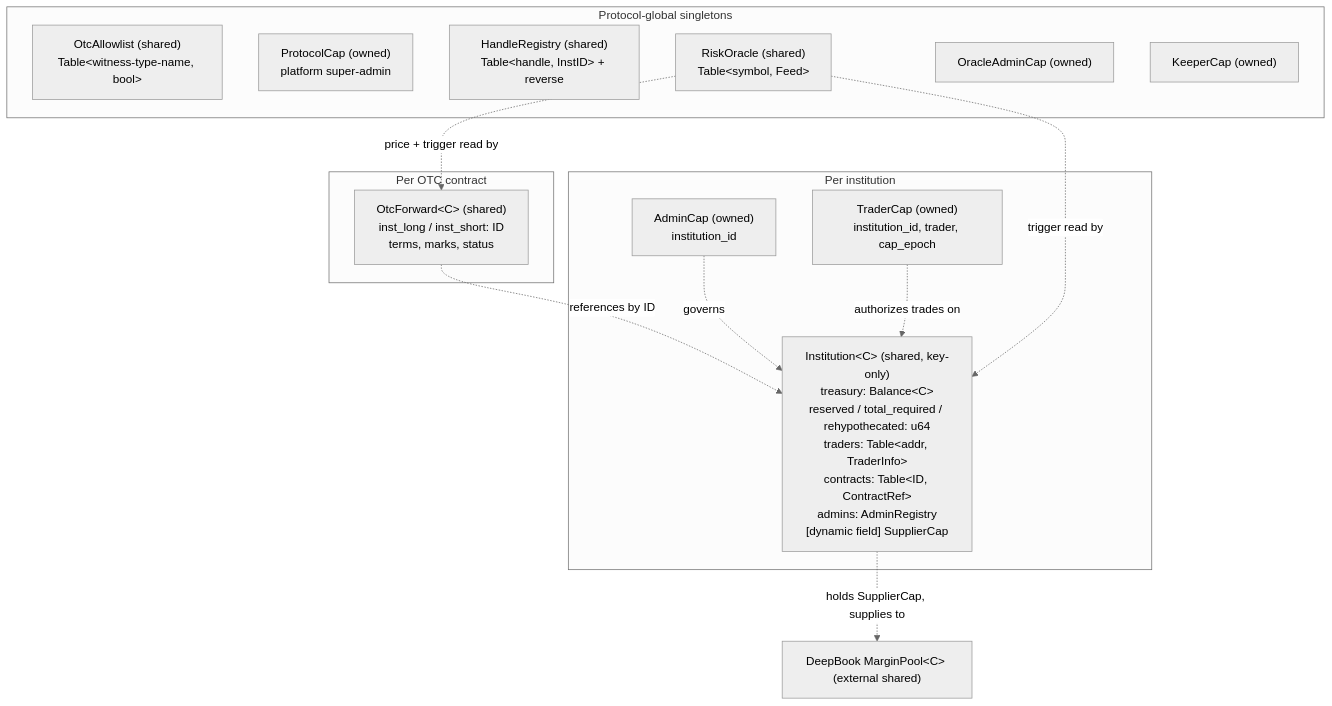
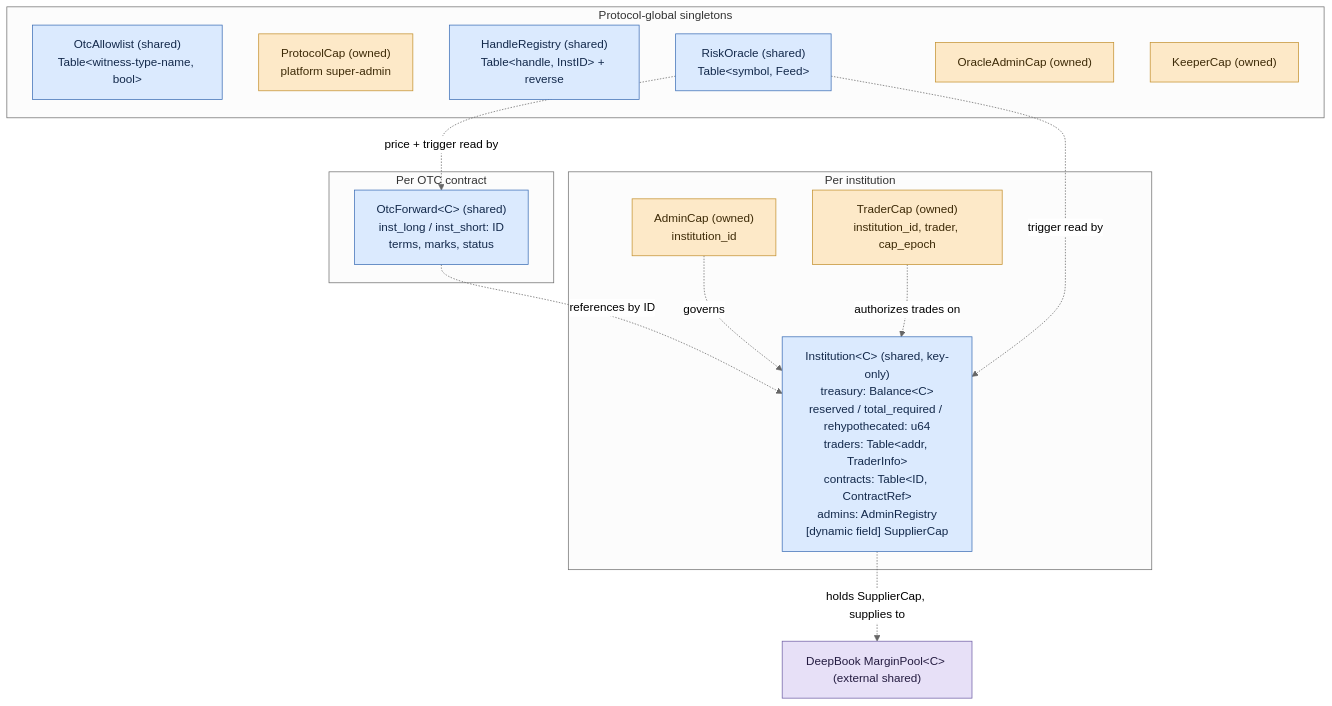
One commit to fullmetal-finance/fullmetal-sui-demo changed the first of 3 diagrams in ARCHITECTURE.md. Above: the diagram before and after it, drawn with Mermaid (neutral theme). The commit also changed other lines of this file and 3 other files, not shown here.

````diff
--- a/ARCHITECTURE.md
+++ b/ARCHITECTURE.md
@@ -64,28 +64,35 @@
 ```mermaid
 graph TD
     subgraph Protocol-global [Protocol-global singletons]
         PA["OtcAllowlist (shared)\nTable&lt;witness-type-name, bool&gt;"]
         PC["ProtocolCap (owned)\nplatform super-admin"]
         HR["HandleRegistry (shared)\nTable&lt;handle, InstID&gt; + reverse"]
         OR["RiskOracle (shared)\nTable&lt;symbol, Feed&gt;"]
         OAC["OracleAdminCap (owned)"]
         KC["KeeperCap (owned)"]
     end
 
     subgraph PerInstitution [Per institution]
         INST["Institution&lt;C&gt; (shared, key-only)\ntreasury: Balance&lt;C&gt;\nreserved / total_required / rehypothecated: u64\ntraders: Table&lt;addr, TraderInfo&gt;\ncontracts: Table&lt;ID, ContractRef&gt;\nadmins: AdminRegistry\n[dynamic field] SupplierCap"]
         AC["AdminCap (owned)\ninstitution_id"]
         TC["TraderCap (owned)\ninstitution_id, trader, cap_epoch"]
     end
 
     subgraph Contracts [Per OTC contract]
         FWD["OtcForward&lt;C&gt; (shared)\ninst_long / inst_short: ID\nterms, marks, status"]
     end
 
     AC -. governs .-> INST
     TC -. authorizes trades on .-> INST
     FWD -. references by ID .-> INST
     INST -. holds SupplierCap, supplies to .-> MP["DeepBook MarginPool&lt;C&gt; (external shared)"]
     OR -. price + trigger read by .-> FWD
     OR -. trigger read by .-> INST
+
+    classDef shared fill:#dbeafe,stroke:#3b6db5,color:#13294b;
+    classDef cap fill:#fde9c8,stroke:#c4912f,color:#3d2a07;
+    classDef external fill:#e7e0f7,stroke:#6f5fa6,color:#241b40;
+    class PA,HR,OR,INST,FWD shared
+    class PC,OAC,KC,AC,TC cap
+    class MP external
 ```
````
